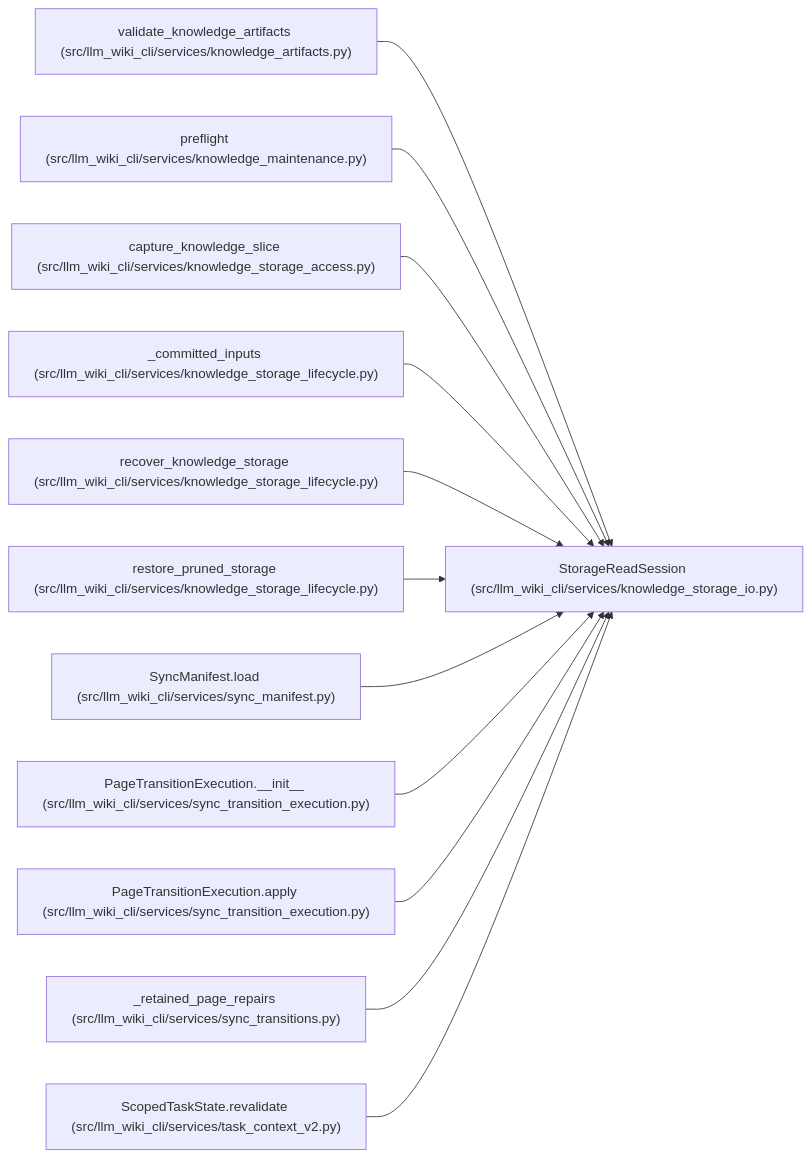
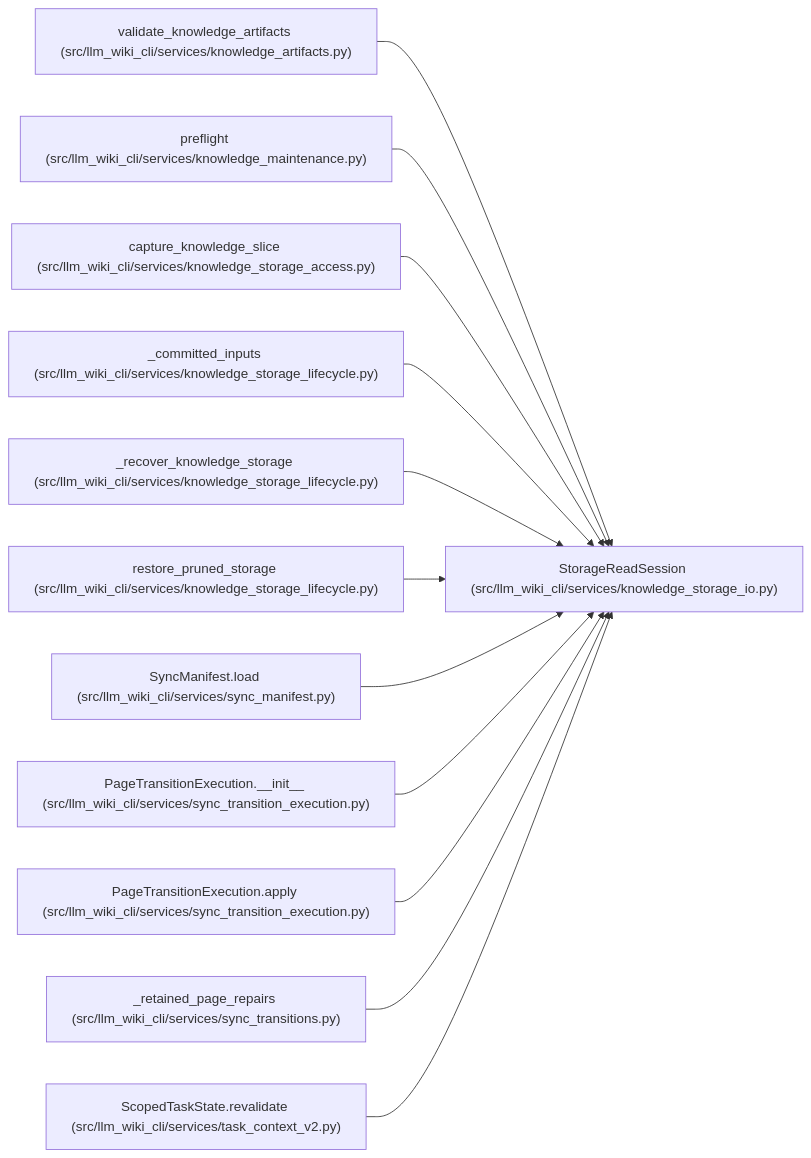
Before and after one commit to Denissvgn/python-wiki-llm: the diagram in docs/llm_wiki/entities/StorageReadSession.md, drawn with Mermaid. The commit also changed other lines of this file and 1410 other files, not shown here.

````diff
--- a/docs/llm_wiki/entities/StorageReadSession.md
+++ b/docs/llm_wiki/entities/StorageReadSession.md
@@ -34,38 +34,38 @@
 ```mermaid
 flowchart LR
     n0["StorageReadSession (src/llm_wiki_cli/services/knowledge_storage_io.py)"]
     n1["validate_knowledge_artifacts (src/llm_wiki_cli/services/knowledge_artifacts.py)"]
     n2["preflight (src/llm_wiki_cli/services/knowledge_maintenance.py)"]
     n3["capture_knowledge_slice (src/llm_wiki_cli/services/knowledge_storage_access.py)"]
     n4["_committed_inputs (src/llm_wiki_cli/services/knowledge_storage_lifecycle.py)"]
-    n5["recover_knowledge_storage (src/llm_wiki_cli/services/knowledge_storage_lifecycle.py)"]
+    n5["_recover_knowledge_storage (src/llm_wiki_cli/services/knowledge_storage_lifecycle.py)"]
     n6["restore_pruned_storage (src/llm_wiki_cli/services/knowledge_storage_lifecycle.py)"]
     n7["SyncManifest.load (src/llm_wiki_cli/services/sync_manifest.py)"]
     n8["PageTransitionExecution.__init__ (src/llm_wiki_cli/services/sync_transition_execution.py)"]
     n9["PageTransitionExecution.apply (src/llm_wiki_cli/services/sync_transition_execution.py)"]
     n10["_retained_page_repairs (src/llm_wiki_cli/services/sync_transitions.py)"]
     n11["ScopedTaskState.revalidate (src/llm_wiki_cli/services/task_context_v2.py)"]
     n1 --> n0
     n2 --> n0
     n3 --> n0
     n4 --> n0
     n5 --> n0
     n6 --> n0
     n7 --> n0
     n8 --> n0
     n9 --> n0
     n10 --> n0
     n11 --> n0
     click n0 "../modules/knowledge_storage_io.md"
     click n1 "../modules/knowledge_artifacts.md"
     click n2 "../modules/knowledge_maintenance.md"
     click n3 "../modules/knowledge_storage_access.md"
     click n4 "../modules/knowledge_storage_lifecycle.md"
     click n5 "../modules/knowledge_storage_lifecycle.md"
     click n6 "../modules/knowledge_storage_lifecycle.md"
     click n7 "../modules/sync_manifest.md"
     click n8 "../modules/sync_transition_execution.md"
     click n9 "../modules/sync_transition_execution.md"
     click n10 "../modules/sync_transitions.md"
     click n11 "../modules/task_context_v2.md"
 ```
````
